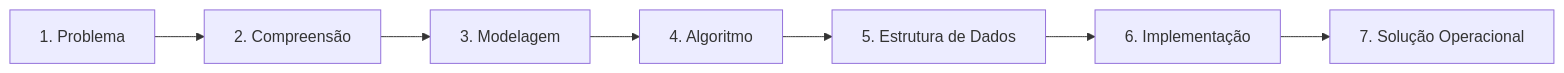
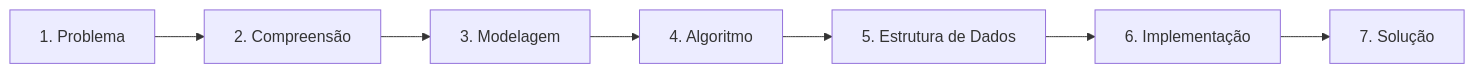
Before and after one commit to murilolol/unifef: the fourth of 27 diagrams in 4º Semestre/[Prof. Wesley Soares] Estrutura de Dados I/Resumos-IA/Caderno-Consolidado.md, drawn with Mermaid. The commit also changed other lines of this file and 40 other files, not shown here.

````diff
--- a/4º Semestre/[Prof. Wesley Soares] Estrutura de Dados I/Resumos-IA/Caderno-Consolidado.md
+++ b/4º Semestre/[Prof. Wesley Soares] Estrutura de Dados I/Resumos-IA/Caderno-Consolidado.md
@@ -226,9 +261,9 @@
 ```mermaid
 flowchart LR
-    P["1. Problema"] --> C["2. Compreensão"]
-    C --> M["3. Modelagem"]
-    M --> A["4. Algoritmo"]
-    A --> E["5. Estrutura de Dados"]
-    E --> I["6. Implementação"]
-    I --> S["7. Solução Operacional"]
+    P1["1. Problema"] --> P2["2. Compreensão"]
+    P2 --> P3["3. Modelagem"]
+    P3 --> P4["4. Algoritmo"]
+    P4 --> P5["5. Estrutura de Dados"]
+    P5 --> P6["6. Implementação"]
+    P6 --> P7["7. Solução"]
 ```
````
